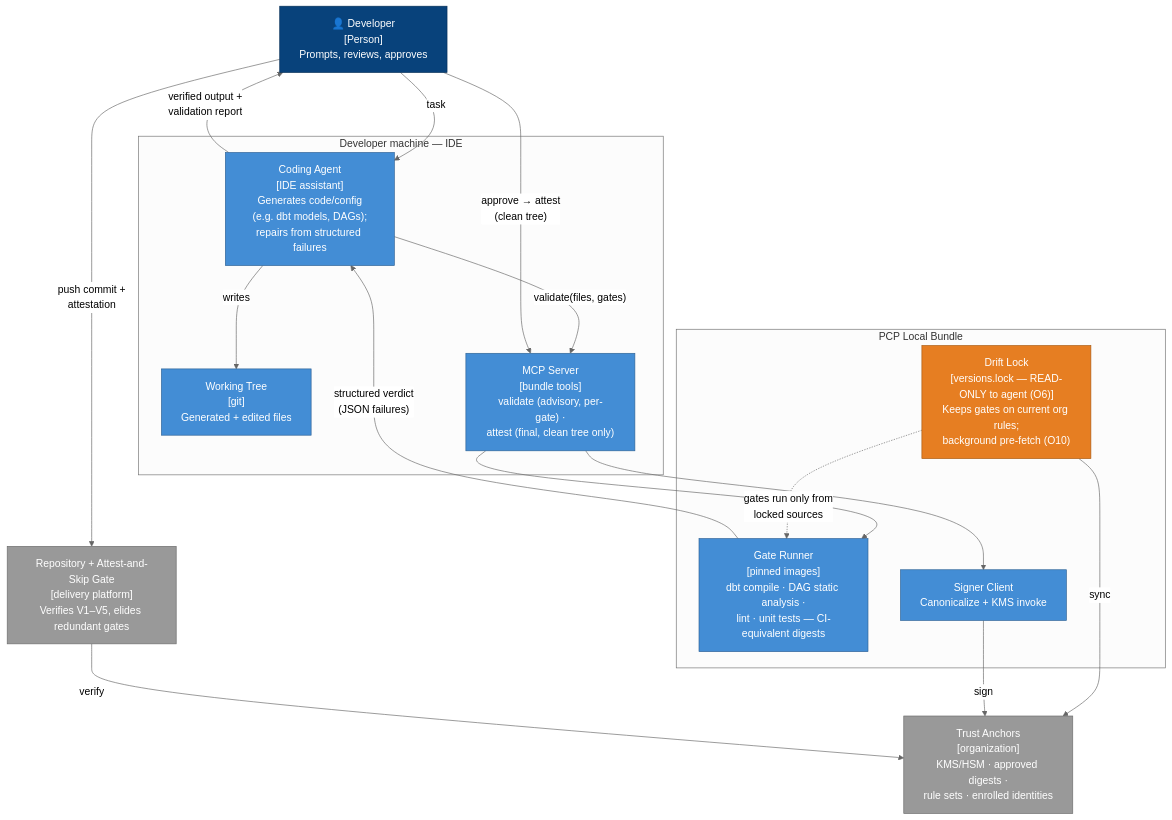
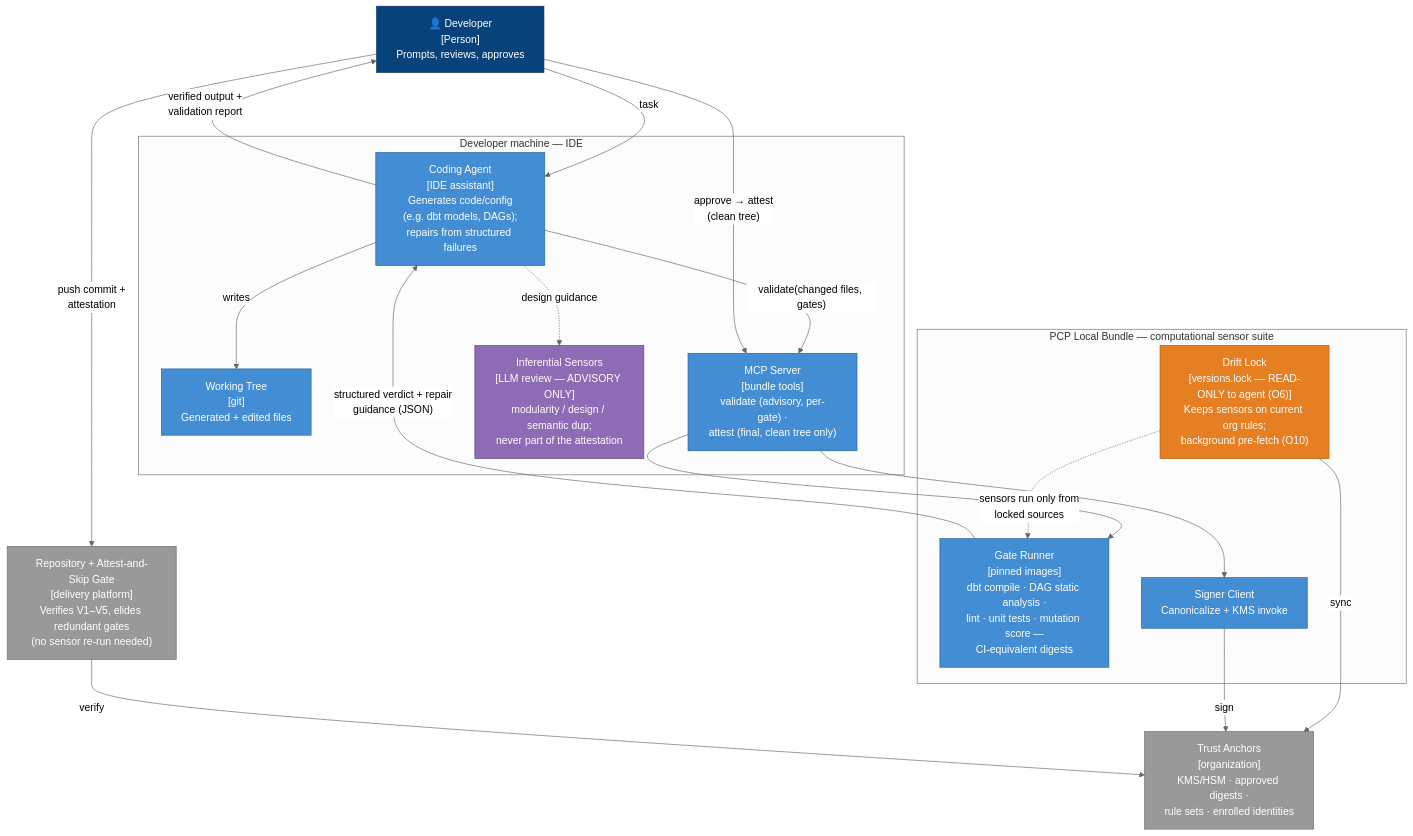
Before and after one commit to JackCid89/proof-carrying-pipelines: the first of 2 diagrams in docs/agent-loop.md, drawn with Mermaid (neutral theme). The commit also changed other lines of this file and 11 other files, not shown here.

Commit message:
agent loop: Böckeler sensor framework — fidelity/integrity, mutation-score gate vs reward hacking, guidance-rich verdicts

````diff
--- a/docs/agent-loop.md
+++ b/docs/agent-loop.md
@@ -23,42 +68,46 @@
 ```mermaid
 flowchart TB
     dev["👤 Developer<br/>[Person]<br/>Prompts, reviews, approves"]
 
     subgraph ide["Developer machine — IDE"]
         agent["Coding Agent<br/>[IDE assistant]<br/>Generates code/config<br/>(e.g. dbt models, DAGs);<br/>repairs from structured failures"]
         ws["Working Tree<br/>[git]<br/>Generated + edited files"]
         mcp["MCP Server<br/>[bundle tools]<br/>validate (advisory, per-gate) ·<br/>attest (final, clean tree only)"]
+        infer["Inferential Sensors<br/>[LLM review — ADVISORY ONLY]<br/>modularity / design / semantic dup;<br/>never part of the attestation"]
     end
 
-    subgraph bundle["PCP Local Bundle"]
-        gates["Gate Runner<br/>[pinned images]<br/>dbt compile · DAG static analysis ·<br/>lint · unit tests — CI-equivalent digests"]
-        lock["Drift Lock<br/>[versions.lock — READ-ONLY to agent (O6)]<br/>Keeps gates on current org rules;<br/>background pre-fetch (O10)"]
+    subgraph bundle["PCP Local Bundle — computational sensor suite"]
+        gates["Gate Runner<br/>[pinned images]<br/>dbt compile · DAG static analysis ·<br/>lint · unit tests · mutation score —<br/>CI-equivalent digests"]
+        lock["Drift Lock<br/>[versions.lock — READ-ONLY to agent (O6)]<br/>Keeps sensors on current org rules;<br/>background pre-fetch (O10)"]
         signer["Signer Client<br/>Canonicalize + KMS invoke"]
     end
 
     anchors["Trust Anchors<br/>[organization]<br/>KMS/HSM · approved digests ·<br/>rule sets · enrolled identities"]
 
-    platform["Repository + Attest-and-Skip Gate<br/>[delivery platform]<br/>Verifies V1–V5, elides redundant gates"]
+    platform["Repository + Attest-and-Skip Gate<br/>[delivery platform]<br/>Verifies V1–V5, elides redundant gates<br/>(no sensor re-run needed)"]
 
     dev -- "task" --> agent
     agent -- "writes" --> ws
-    agent -- "validate(files, gates)" --> mcp
+    agent -- "validate(changed files, gates)" --> mcp
+    agent -. "design guidance" .-> infer
     mcp --> gates
-    gates -- "structured verdict<br/>(JSON failures)" --> agent
-    lock -.->|"gates run only from<br/>locked sources"| gates
+    gates -- "structured verdict + repair<br/>guidance (JSON)" --> agent
+    lock -.->|"sensors run only from<br/>locked sources"| gates
     lock -- "sync" --> anchors
     agent -- "verified output +<br/>validation report" --> dev
     dev -- "approve → attest<br/>(clean tree)" --> mcp
     mcp --> signer -- "sign" --> anchors
     dev -- "push commit +<br/>attestation" --> platform
     platform -- "verify" --> anchors
 
     classDef c fill:#438dd5,stroke:#2e6295,color:#ffffff
     classDef hl fill:#e67e22,stroke:#a85a12,color:#ffffff
     classDef ext fill:#999999,stroke:#6b6b6b,color:#ffffff
     classDef person fill:#08427b,stroke:#052e56,color:#ffffff
+    classDef adv fill:#8e6bb5,stroke:#5e4283,color:#ffffff
     class dev person
     class agent,ws,mcp,gates,signer c
     class lock hl
+    class infer adv
     class anchors,platform ext
 ```
````
